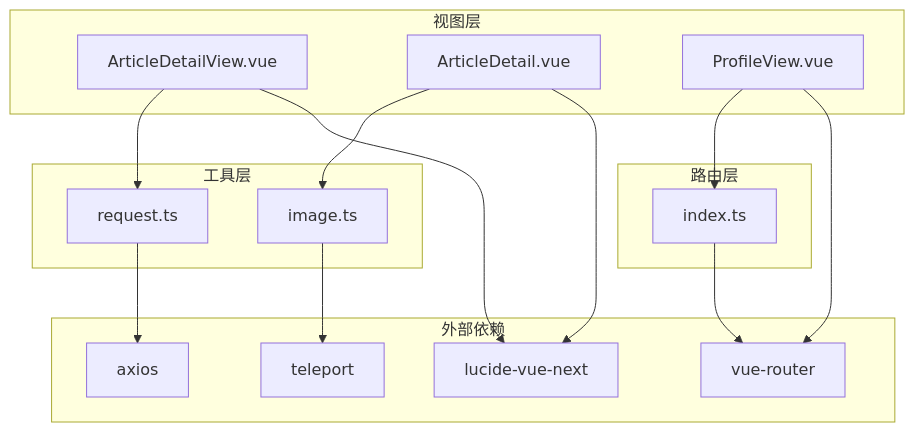
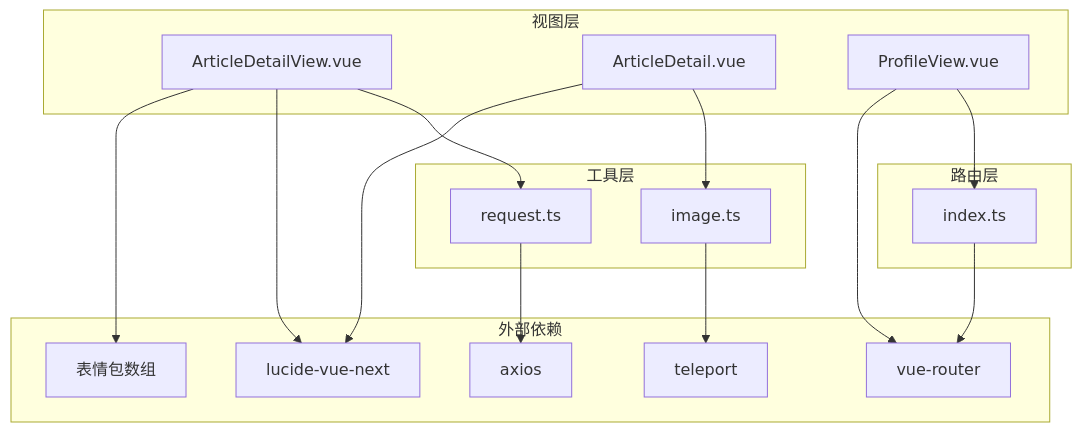
Before and after one commit to 20164206160/zhishilu: diagram 16 of 17 in .qoder/repowiki/zh/content/Article Detail View.md, drawn with Mermaid. The commit also changed other lines of this file and 4 other files, not shown here.

````diff
--- a/.qoder/repowiki/zh/content/Article Detail View.md
+++ b/.qoder/repowiki/zh/content/Article Detail View.md
@@ -613,30 +738,32 @@
 ```mermaid
 graph TB
 subgraph "视图层"
 A[ArticleDetailView.vue]
 B[ArticleDetail.vue]
 C[ProfileView.vue]
 end
 subgraph "工具层"
 D[request.ts]
 E[image.ts]
 end
 subgraph "路由层"
 F[index.ts]
 end
 subgraph "外部依赖"
 G[lucide-vue-next]
 H[vue-router]
 I[axios]
 J[teleport]
+K[表情包数组]
 end
 A --> D
 B --> E
 C --> F
 A --> G
 B --> G
 C --> H
 D --> I
 E --> J
 F --> H
+A --> K
 ```
````
